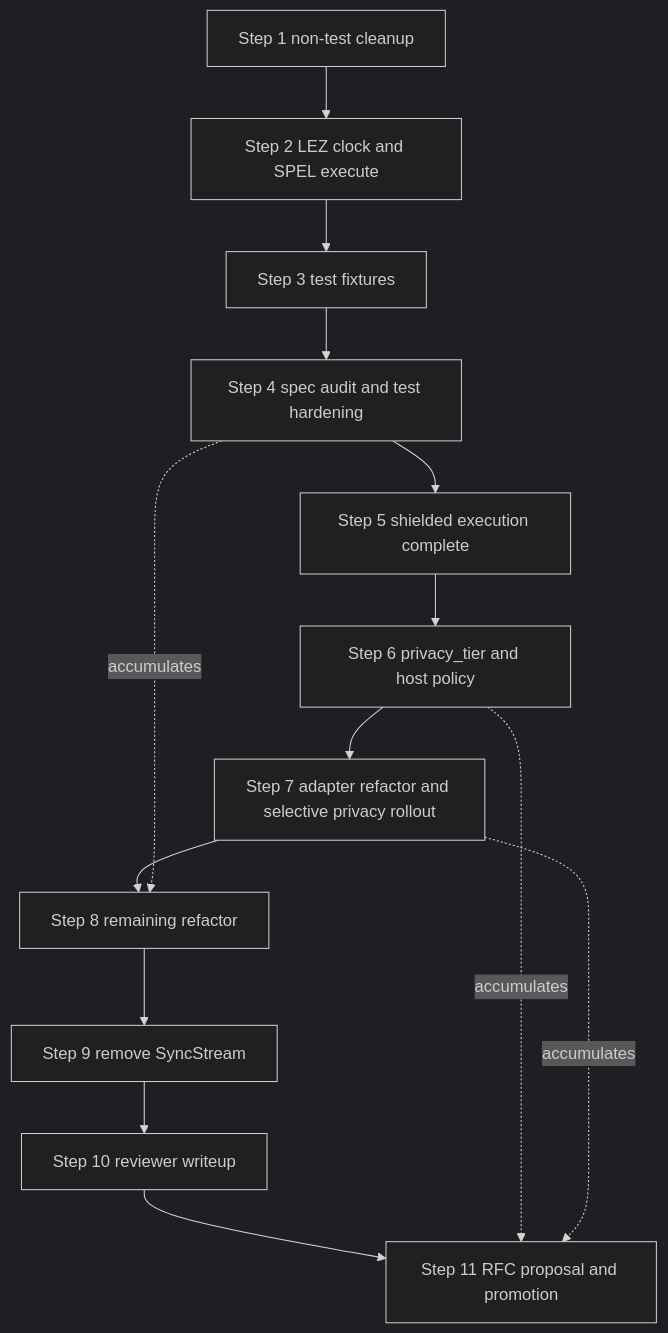
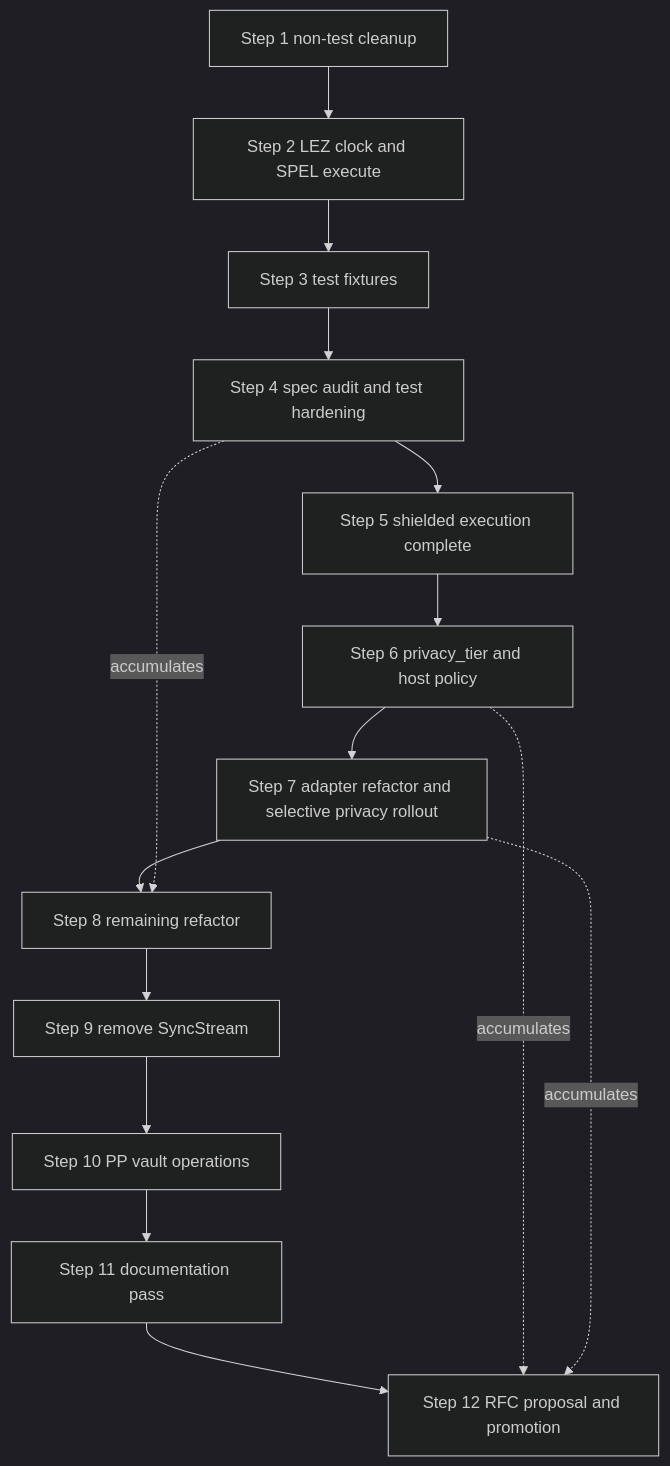
The diagram in plan.md (logos-co/lez-payment-streams), drawn with Mermaid (dark theme) before and after one commit. The commit also changed other lines of this file, not shown here.

````diff
--- a/plan.md
+++ b/plan.md
@@ -145,16 +145,17 @@
 ```mermaid
 flowchart TD
     S1[Step 1 non-test cleanup] --> S2[Step 2 LEZ clock and SPEL execute]
     S2 --> S3[Step 3 test fixtures]
     S3 --> S4[Step 4 spec audit and test hardening]
     S4 --> S5[Step 5 shielded execution complete]
     S5 --> S6[Step 6 privacy_tier and host policy]
     S6 --> S7[Step 7 adapter refactor and selective privacy rollout]
     S7 --> S8[Step 8 remaining refactor]
     S8 --> S9[Step 9 remove SyncStream]
-    S9 --> S10[Step 10 reviewer writeup]
-    S10 --> S11[Step 11 RFC proposal and promotion]
+    S9 --> S10[Step 10 PP vault operations]
+    S10 --> S11[Step 11 documentation pass]
+    S11 --> S12[Step 12 RFC proposal and promotion]
     S4 -. accumulates .-> S8
-    S6 -. accumulates .-> S11
-    S7 -. accumulates .-> S11
+    S6 -. accumulates .-> S12
+    S7 -. accumulates .-> S12
 ```
````
